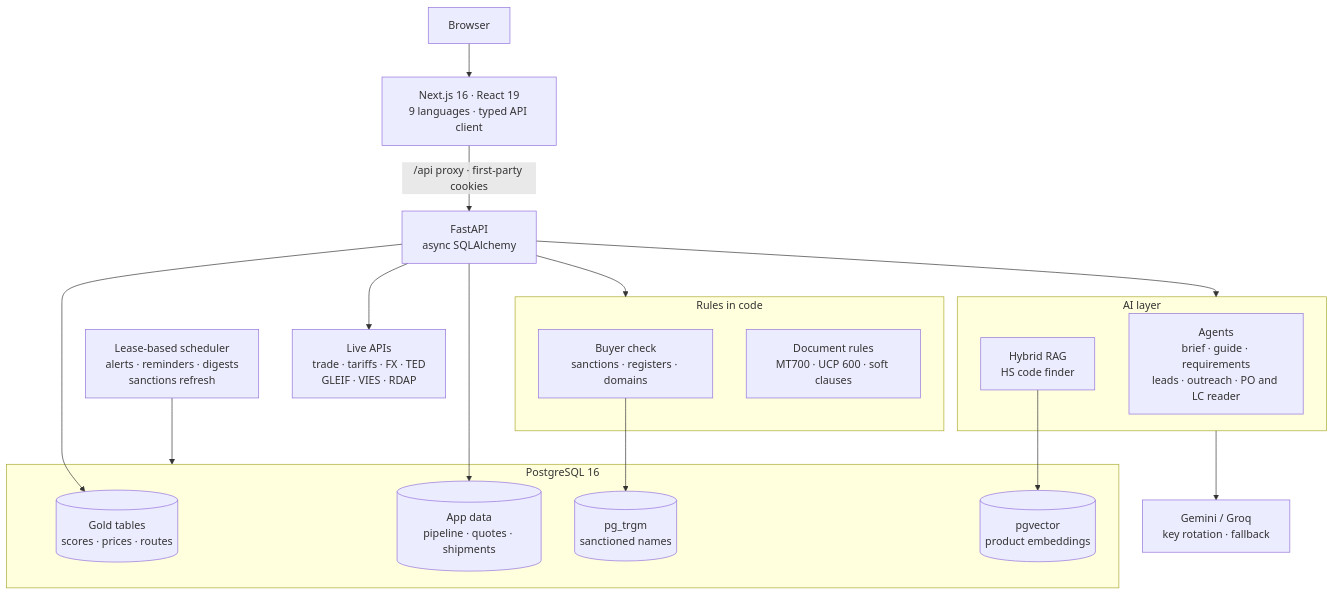
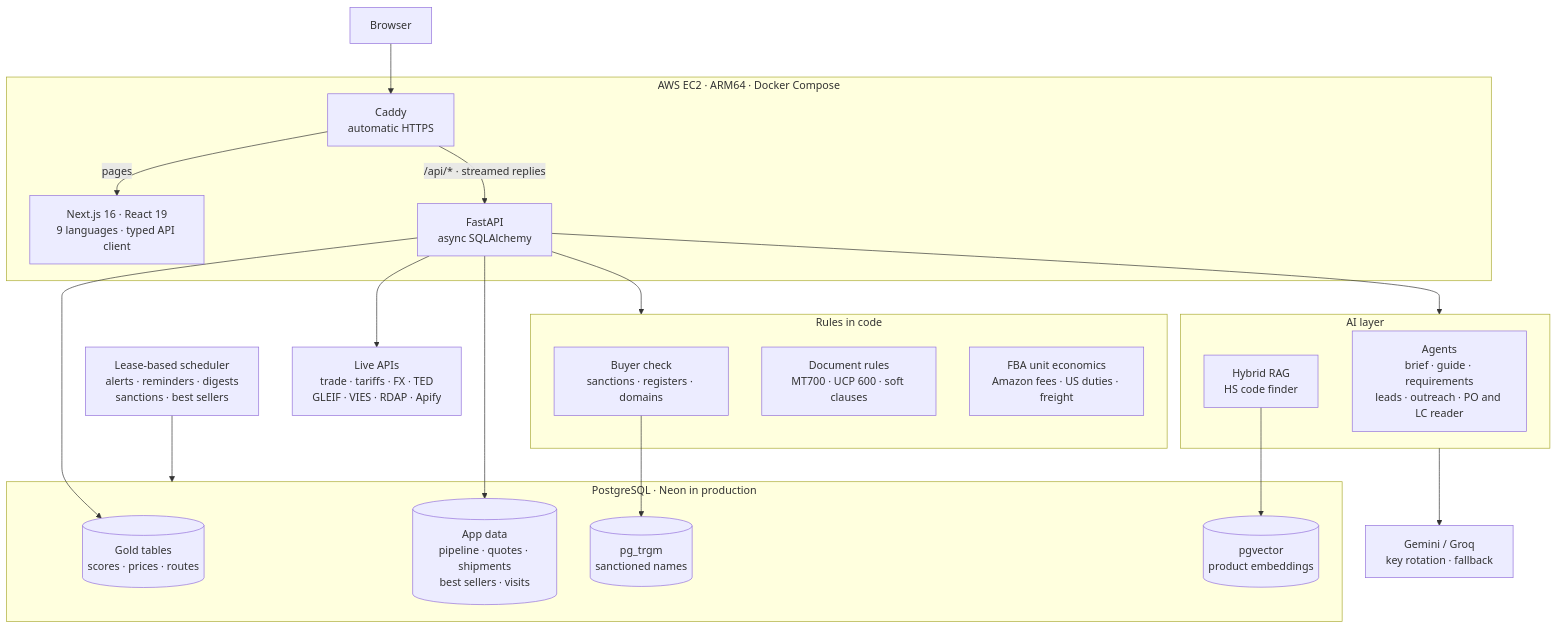
Before and after one commit to IzzatShahGit/whitespace: the diagram in docs/diagrams/architecture.mmd, drawn with Mermaid. The commit also changed 11 other files, not shown here.

```diff
--- a/docs/diagrams/architecture.mmd
+++ b/docs/diagrams/architecture.mmd
@@ -1,32 +1,37 @@
 flowchart TB
-    U[Browser] --> W[Next.js 16 · React 19<br/>9 languages · typed API client]
-    W -->|/api proxy · first-party cookies| API[FastAPI<br/>async SQLAlchemy]
+    U[Browser] --> C
+
+    subgraph EC2[AWS EC2 · ARM64 · Docker Compose]
+        C[Caddy<br/>automatic HTTPS] -->|pages| W[Next.js 16 · React 19<br/>9 languages · typed API client]
+        C -->|/api/* · streamed replies| API[FastAPI<br/>async SQLAlchemy]
+    end
 
     API --> AI
     API --> RULES
-    API --> EXT[Live APIs<br/>trade · tariffs · FX · TED<br/>GLEIF · VIES · RDAP]
+    API --> EXT[Live APIs<br/>trade · tariffs · FX · TED<br/>GLEIF · VIES · RDAP · Apify]
 
     subgraph AI[AI layer]
         AG[Agents<br/>brief · guide · requirements<br/>leads · outreach · PO and LC reader]
         RAG[Hybrid RAG<br/>HS code finder]
     end
 
     subgraph RULES[Rules in code]
         BC[Buyer check<br/>sanctions · registers · domains]
         DR[Document rules<br/>MT700 · UCP 600 · soft clauses]
+        FBA[FBA unit economics<br/>Amazon fees · US duties · freight]
     end
 
     AI --> LLM[Gemini / Groq<br/>key rotation · fallback]
 
-    subgraph DB[PostgreSQL 16]
+    subgraph DB[PostgreSQL · Neon in production]
         GOLD[(Gold tables<br/>scores · prices · routes)]
-        APP[(App data<br/>pipeline · quotes · shipments)]
+        APP[(App data<br/>pipeline · quotes · shipments<br/>best sellers · visits)]
         TRG[(pg_trgm<br/>sanctioned names)]
         VEC[(pgvector<br/>product embeddings)]
     end
 
     API --> GOLD
     API --> APP
     RAG --> VEC
     BC --> TRG
-    JOB[Lease-based scheduler<br/>alerts · reminders · digests<br/>sanctions refresh] --> DB
+    JOB[Lease-based scheduler<br/>alerts · reminders · digests<br/>sanctions · best sellers] --> DB
```
